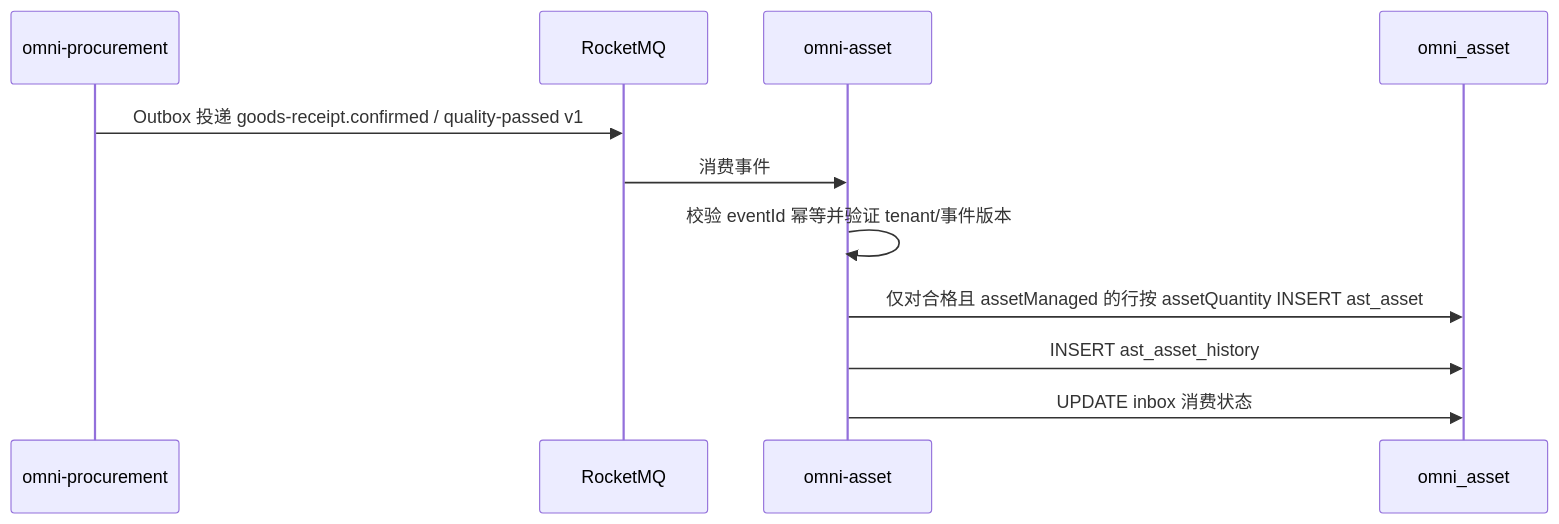
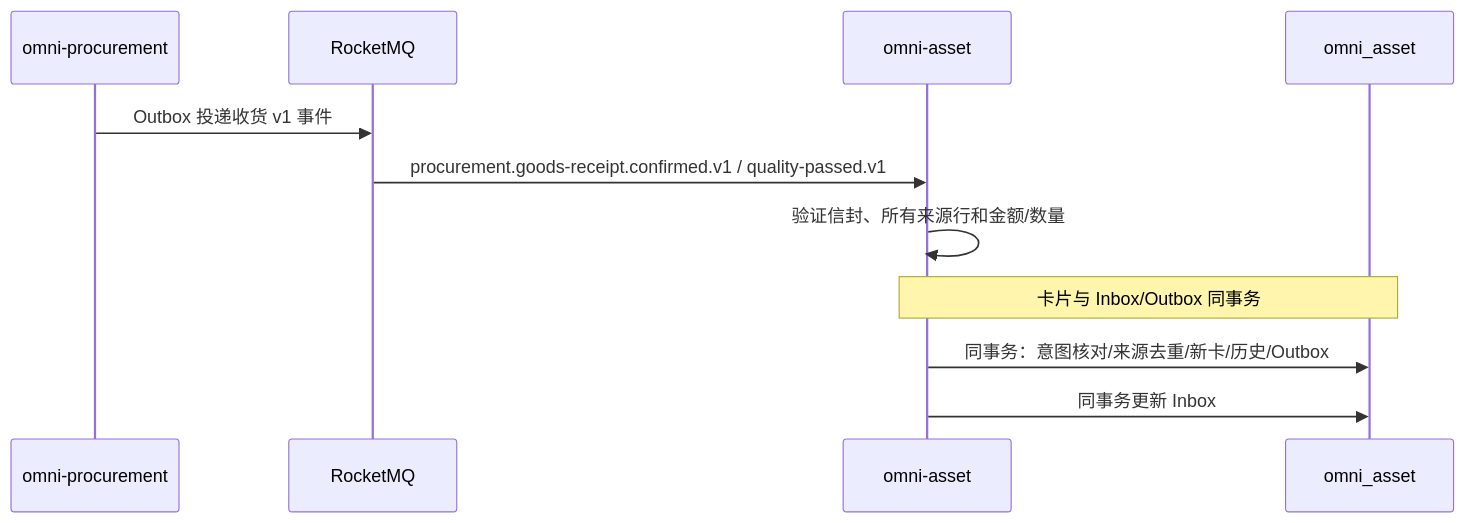
Before and after one commit to wang-baohai/Omni-Stack: the fourth of 6 diagrams in docs/design/asset-design.md, drawn with Mermaid. The commit also changed other lines of this file and 1095 other files, not shown here.

````diff
--- a/docs/design/asset-design.md
+++ b/docs/design/asset-design.md
@@ -213,14 +216,13 @@
 ```mermaid
 sequenceDiagram
     participant PROC as omni-procurement
     participant MQ as RocketMQ
     participant ASSET as omni-asset
     participant DB as omni_asset
-
-    PROC->>MQ: Outbox 投递 goods-receipt.confirmed / quality-passed v1
-    MQ->>ASSET: 消费事件
-    ASSET->>ASSET: 校验 eventId 幂等并验证 tenant/事件版本
-    ASSET->>DB: 仅对合格且 assetManaged 的行按 assetQuantity INSERT ast_asset
-    ASSET->>DB: INSERT ast_asset_history
-    ASSET->>DB: UPDATE inbox 消费状态
+    PROC->>MQ: Outbox 投递收货 v1 事件
+    MQ->>ASSET: procurement.goods-receipt.confirmed.v1 / quality-passed.v1
+    ASSET->>ASSET: 验证信封、所有来源行和金额/数量
+    Note over ASSET,DB: 卡片与 Inbox/Outbox 同事务
+    ASSET->>DB: 同事务：意图核对/来源去重/新卡/历史/Outbox
+    ASSET->>DB: 同事务更新 Inbox
 ```
````
